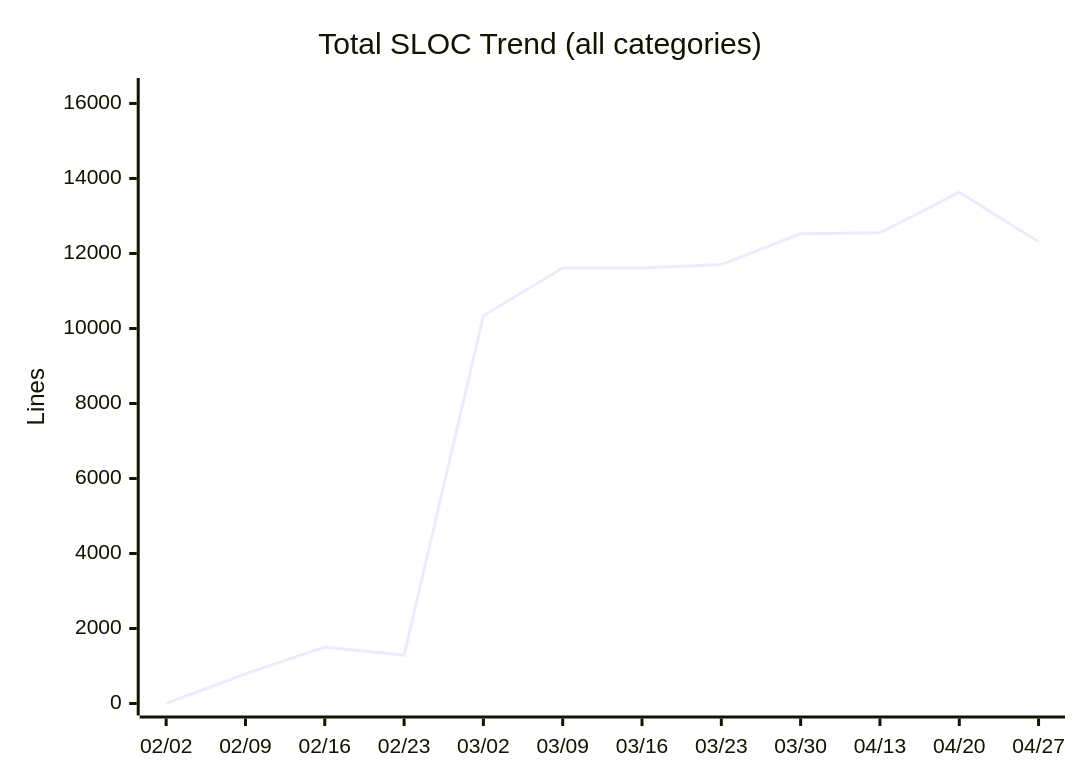
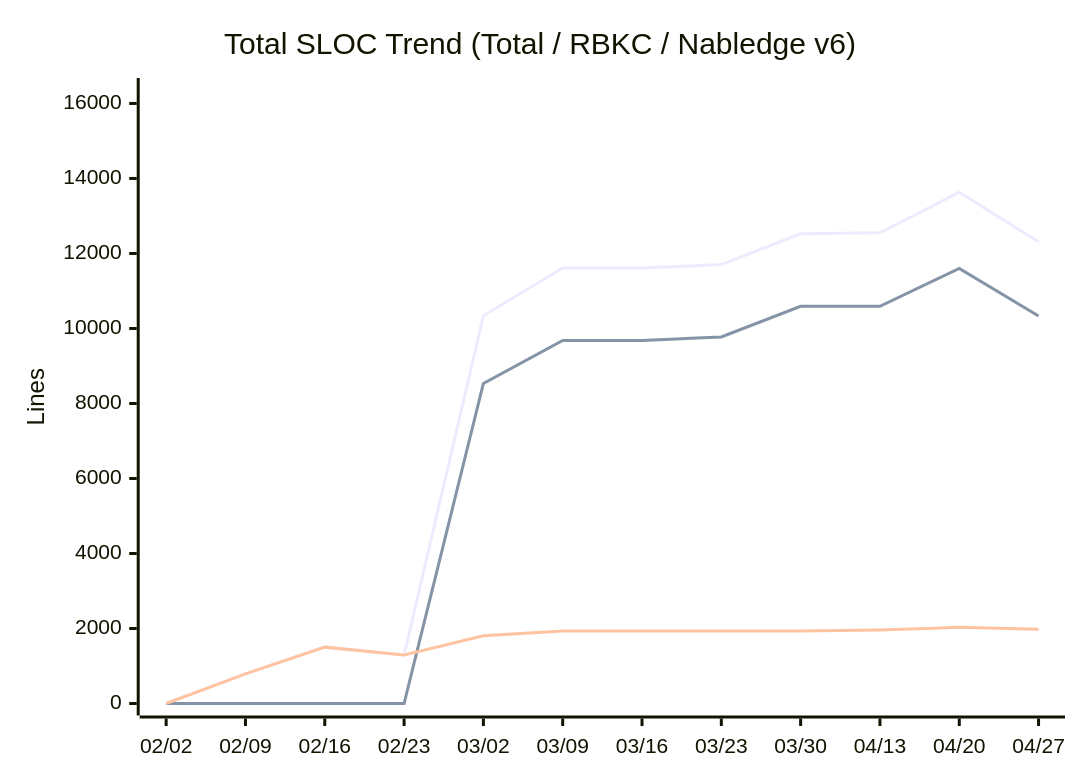
One commit to nablarch/nabledge-dev changed the eighth of 14 diagrams in docs/metrics.md. Above: the diagram before and after it, drawn with Mermaid. The commit also changed 1 other file, not shown here.

Commit message:
feat: add Nabledge v6 and RBKC breakdown lines to Total SLOC trend

````diff
--- a/docs/metrics.md
+++ b/docs/metrics.md
@@ -121,7 +121,9 @@
 ```mermaid
 xychart-beta
-  title "Total SLOC Trend (all categories)"
+  title "Total SLOC Trend (Total / RBKC / Nabledge v6)"
   x-axis ["02/02", "02/09", "02/16", "02/23", "03/02", "03/09", "03/16", "03/23", "03/30", "04/13", "04/20", "04/27"]
   y-axis "Lines" 0 --> 16359
   line [0, 789, 1503, 1293, 10339, 11613, 11613, 11704, 12523, 12553, 13632, 12309]
+  line [0, 0, 0, 0, 8533, 9682, 9682, 9773, 10592, 10592, 11599, 10331]
+  line [0, 789, 1503, 1293, 1806, 1931, 1931, 1931, 1931, 1961, 2033, 1978]
 ```
````
